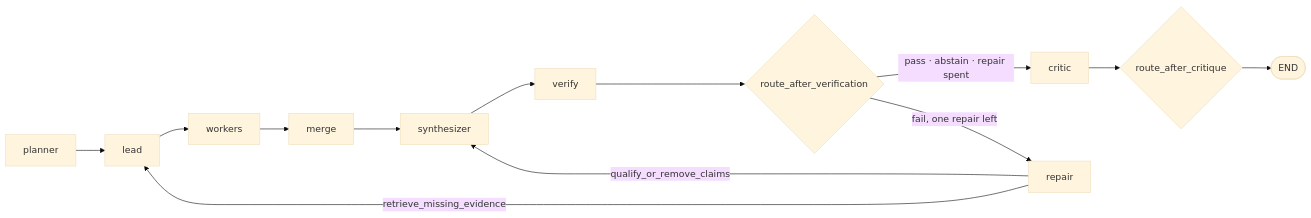
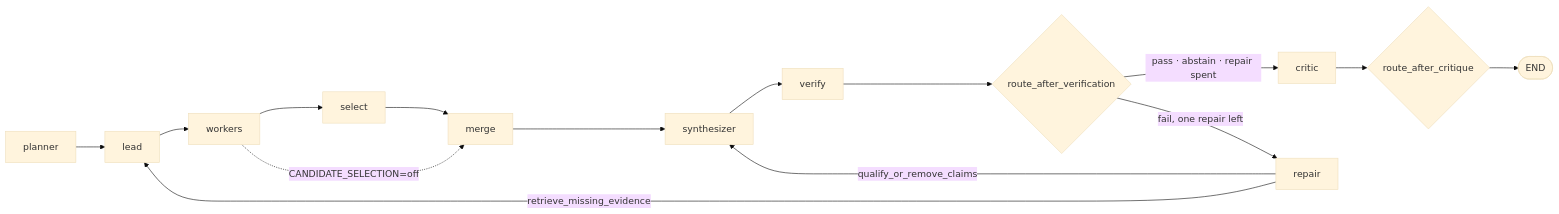
The fifth of 6 diagrams in docs/architecture.md (kudratsingh/arxiv-research-agent), drawn with Mermaid (base theme) before and after one commit. The commit also changed other lines of this file and 24 other files, not shown here.

````diff
--- a/docs/architecture.md
+++ b/docs/architecture.md
@@ -191,11 +192,12 @@
 ```mermaid
 flowchart LR
-    P[planner] --> L[lead] --> W[workers] --> M[merge] --> Y[synthesizer] --> V[verify]
+    P[planner] --> L[lead] --> W[workers] --> S[select] --> M[merge] --> Y[synthesizer] --> V[verify]
+    W -.->|"CANDIDATE_SELECTION=off"| M
     V --> RV{"route_after_verification"}
     RV -->|"pass · abstain · repair spent"| C[critic]
     RV -->|"fail, one repair left"| RP[repair]
     RP -->|"retrieve_missing_evidence"| L
     RP -->|"qualify_or_remove_claims"| Y
     C --> RT{"route_after_critique"}
     RT --> E([END])
 ```
````
